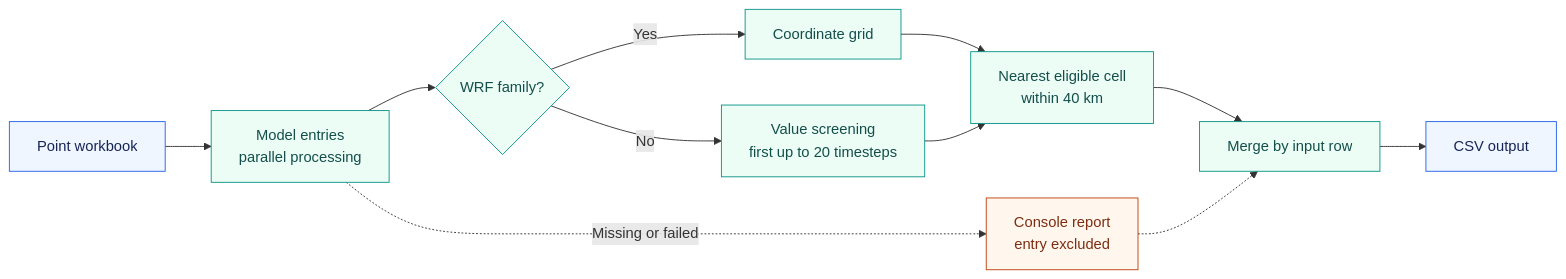
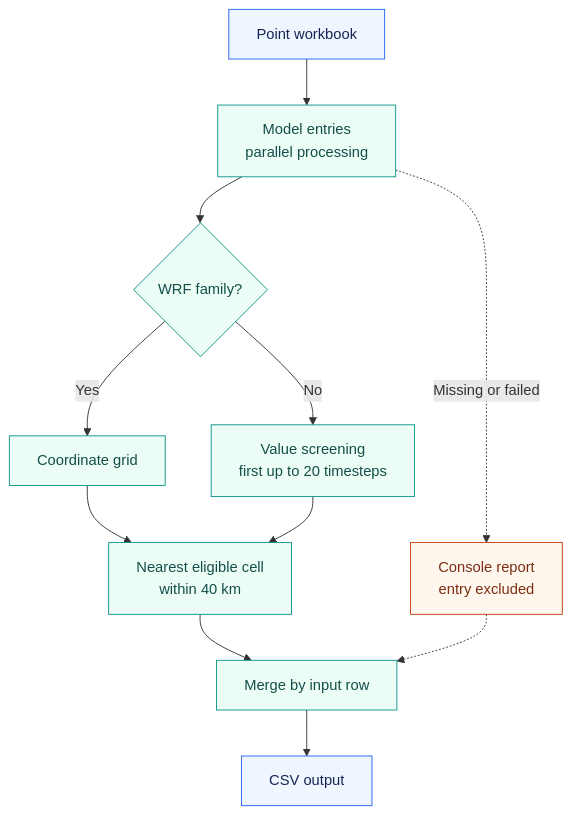
One commit to fortranmentis/multi-model-grid-validator changed the first of 2 diagrams in README.md. Above: the diagram before and after it, drawn with Mermaid. The commit also changed other lines of this file, not shown here.

Commit message:
Improve workflow diagram readability on GitHub

````diff
--- a/README.md
+++ b/README.md
@@ -73,19 +73,19 @@
 ```mermaid
-flowchart LR
+flowchart TB
     A["Point workbook"] --> B["Model entries<br/>parallel processing"]
     B --> C{"WRF family?"}
     C -->|Yes| D["Coordinate grid"]
     C -->|No| E["Value screening<br/>first up to 20 timesteps"]
     D --> F["Nearest eligible cell<br/>within 40 km"]
     E --> F
     F --> G["Merge by input row"]
     G --> H["CSV output"]
     B -.->|Missing or failed| I["Console report<br/>entry excluded"]
     I -.-> G
     classDef input fill:#eff6ff,stroke:#2563eb,color:#172554
     classDef process fill:#ecfdf5,stroke:#0d9488,color:#134e4a
     classDef report fill:#fff7ed,stroke:#c2410c,color:#7c2d12
     class A,H input
     class B,C,D,E,F,G process
     class I report
 ```
````
